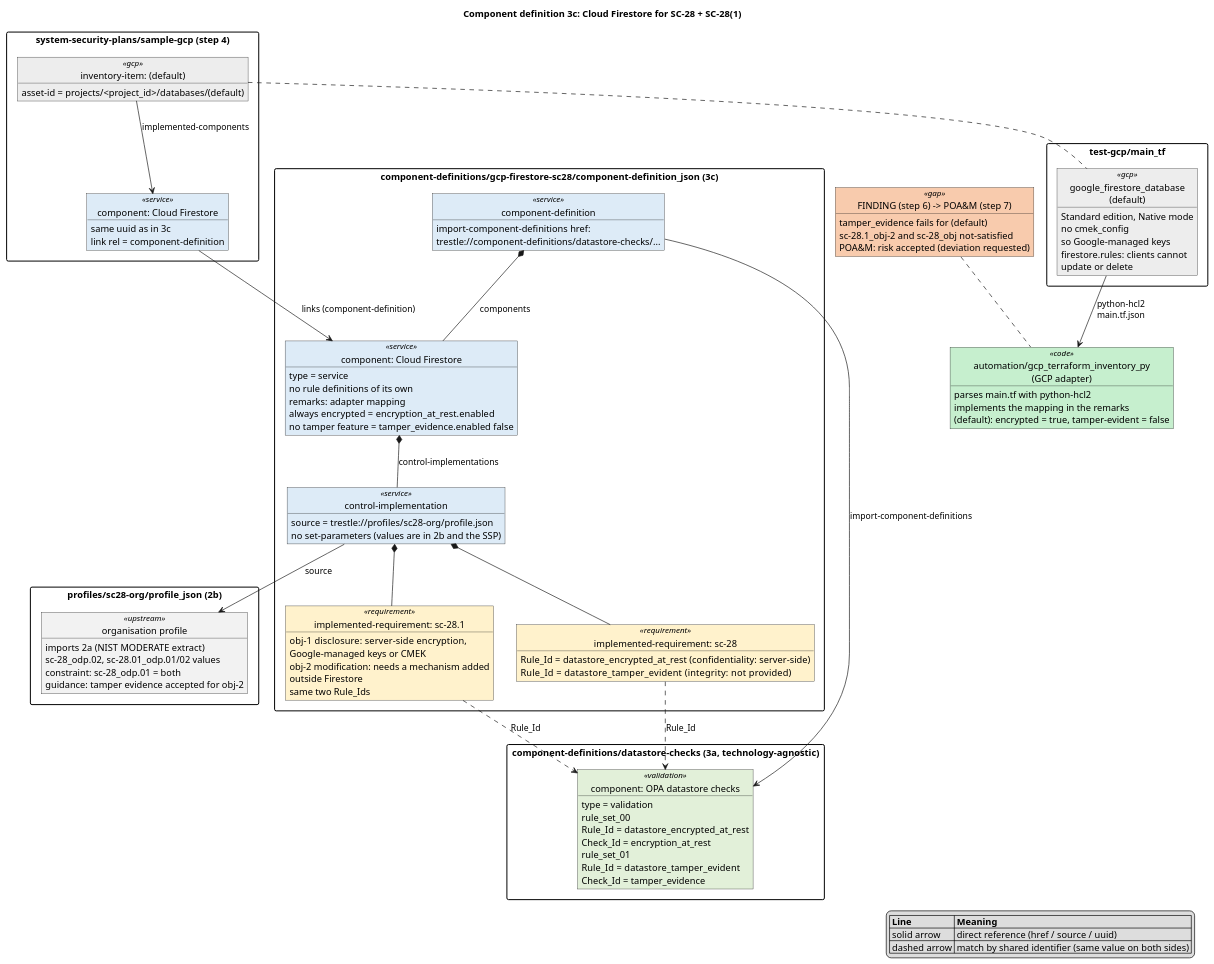
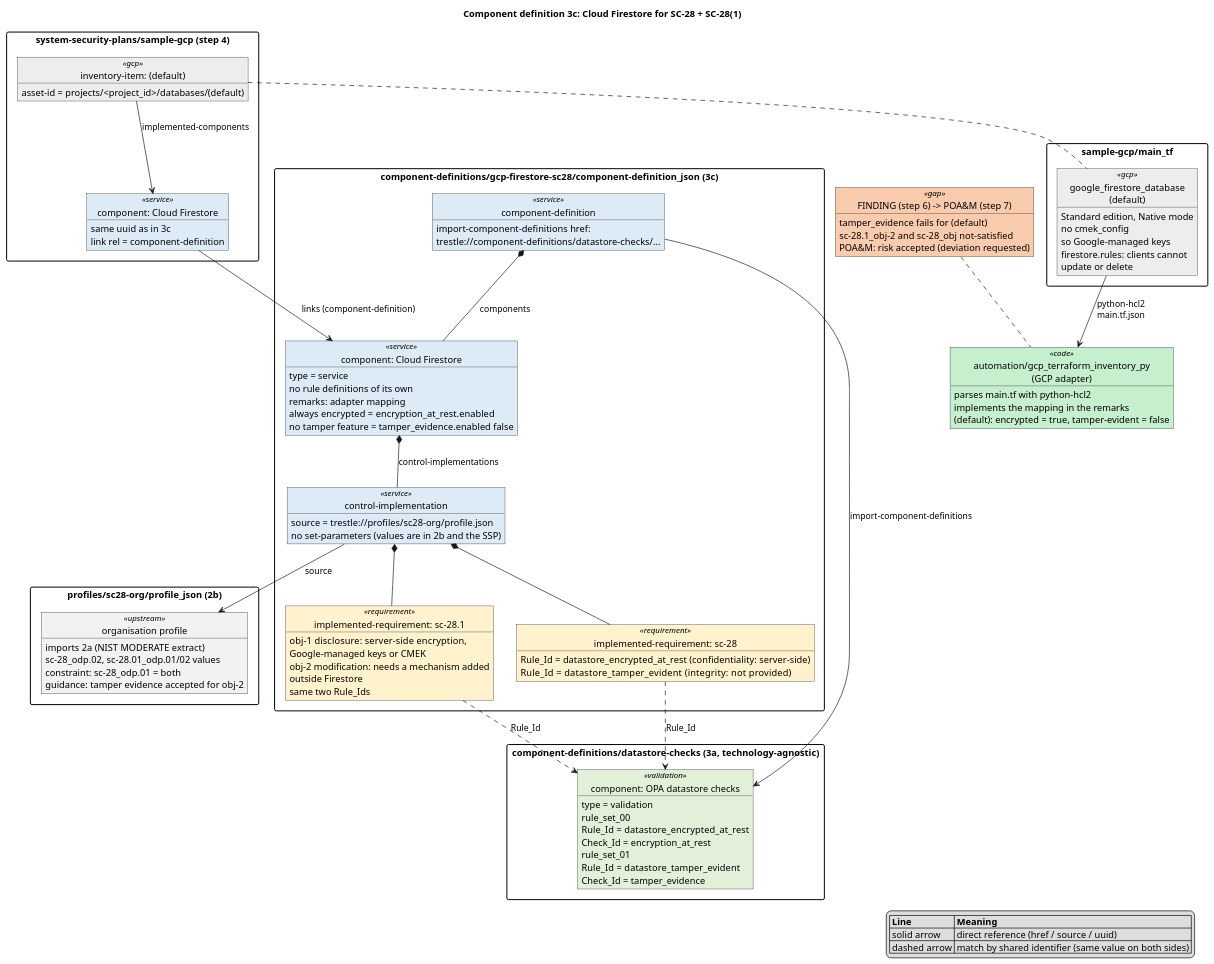
The diagram in diagrams/component-definitions/gcp-firestore-sc28.puml (wolffy-au/frictionless-sample-oscal), drawn with PlantUML before and after one commit. The commit also changed 7 other files, not shown here.

First line of the commit message:
Expect the sample repositories at ../sample-azure and ../sample-gcp

```diff
--- a/diagrams/component-definitions/gcp-firestore-sc28.puml
+++ b/diagrams/component-definitions/gcp-firestore-sc28.puml
@@ -1,133 +1,133 @@
 @startuml component-definition-gcp-firestore-sc28
 ' Structure of component-definitions/gcp-firestore-sc28/component-definition.json
 ' (step 3c, platform-specific) and how it relates to the organisation profile,
 ' the technology-agnostic checks (3a), the SSP and the sample-gcp deployment.
 ' The GCP counterpart of azure-sql-sc28.puml.
 ' Package names use '_' instead of '.' (PlantUML splits package names on '.').
 ' Body lines must not start with '-', '+', '#' or '~' (rendered as UML
 ' visibility icons) or with '..' (rendered as a separator).
 title Component definition 3c: Cloud Firestore for SC-28 + SC-28(1)
 hide circle
 skinparam packageStyle rectangle
 skinparam object {
   BackgroundColor<<service>> #DDEBF7
   BackgroundColor<<validation>> #E2F0D9
   BackgroundColor<<requirement>> #FFF2CC
   BackgroundColor<<upstream>> #F2F2F2
   BackgroundColor<<gcp>> #EDEDED
   BackgroundColor<<gap>> #F8CBAD
   BackgroundColor<<code>> #C6EFCE
 }
 
 legend right
   |= Line |= Meaning |
   | solid arrow | direct reference (href / source / uuid) |
   | dashed arrow | match by shared identifier (same value on both sides) |
 endlegend
 
 ' ======================= UPSTREAM OSCAL =======================
 package "profiles/sc28-org/profile_json (2b)" {
   object "organisation profile" as org <<upstream>> {
     imports 2a (NIST MODERATE extract)
     sc-28_odp.02, sc-28.01_odp.01/02 values
     constraint: sc-28_odp.01 = both
     guidance: tamper evidence accepted for obj-2
   }
 }
 
 package "component-definitions/datastore-checks (3a, technology-agnostic)" {
   object "component: OPA datastore checks" as val <<validation>> {
     type = validation
     rule_set_00
       Rule_Id  = datastore_encrypted_at_rest
       Check_Id = encryption_at_rest
     rule_set_01
       Rule_Id  = datastore_tamper_evident
       Check_Id = tamper_evidence
   }
 }
 
 ' ======================= THIS COMPONENT DEFINITION =======================
 package "component-definitions/gcp-firestore-sc28/component-definition_json (3c)" {
   object "component-definition" as cdroot <<service>> {
     import-component-definitions href:
       trestle://component-definitions/datastore-checks/...
   }
   object "component: Cloud Firestore" as svc <<service>> {
     type = service
     no rule definitions of its own
     remarks: adapter mapping
       always encrypted  = encryption_at_rest.enabled
       no tamper feature = tamper_evidence.enabled false
   }
   object "control-implementation" as ci <<service>> {
     source = trestle://profiles/sc28-org/profile.json
     no set-parameters (values are in 2b and the SSP)
   }
   object "implemented-requirement: sc-28" as ir28 <<requirement>> {
     Rule_Id = datastore_encrypted_at_rest  (confidentiality: server-side)
     Rule_Id = datastore_tamper_evident     (integrity: not provided)
   }
   object "implemented-requirement: sc-28.1" as ir281 <<requirement>> {
     obj-1 disclosure:   server-side encryption,
                         Google-managed keys or CMEK
     obj-2 modification: needs a mechanism added
                         outside Firestore
     same two Rule_Ids
   }
 }
 
 ' ======================= DOWNSTREAM =======================
 package "system-security-plans/sample-gcp (step 4)" {
   object "component: Cloud Firestore" as ssp_comp <<service>> {
     same uuid as in 3c
     link rel = component-definition
   }
   object "inventory-item: (default)" as ssp_inv <<gcp>> {
     asset-id = projects/<project_id>/databases/(default)
   }
 }
 
-package "test-gcp/main_tf" {
+package "sample-gcp/main_tf" {
   object "google_firestore_database\n(default)" as fs_db <<gcp>> {
     Standard edition, Native mode
     no cmek_config
       so Google-managed keys
     firestore.rules: clients cannot
       update or delete
   }
 }
 
 object "automation/gcp_terraform_inventory_py\n(GCP adapter)" as adapter <<code>> {
   parses main.tf with python-hcl2
   implements the mapping in the remarks
   (default): encrypted = true, tamper-evident = false
 }
 
 object "FINDING (step 6) -> POA&M (step 7)" as gap <<gap>> {
   tamper_evidence fails for (default)
   sc-28.1_obj-2 and sc-28_obj not-satisfied
   POA&M: risk accepted (deviation requested)
 }
 
 ' containment
 cdroot *-- svc : components
 svc *-- ci : control-implementations
 ci *-- ir28
 ci *-- ir281
 
 ' direct references (solid)
 cdroot --> val : import-component-definitions
 ci --> org : source
 ssp_comp --> svc : links (component-definition)
 ssp_inv --> ssp_comp : implemented-components
 
 ' shared identifiers (dashed)
 ir28 ..> val : Rule_Id
 ir281 ..> val : Rule_Id
 
 ' evidence path
 fs_db --> adapter : python-hcl2\nmain.tf.json
 ssp_inv .. fs_db
 gap .. adapter
 @enduml
```
